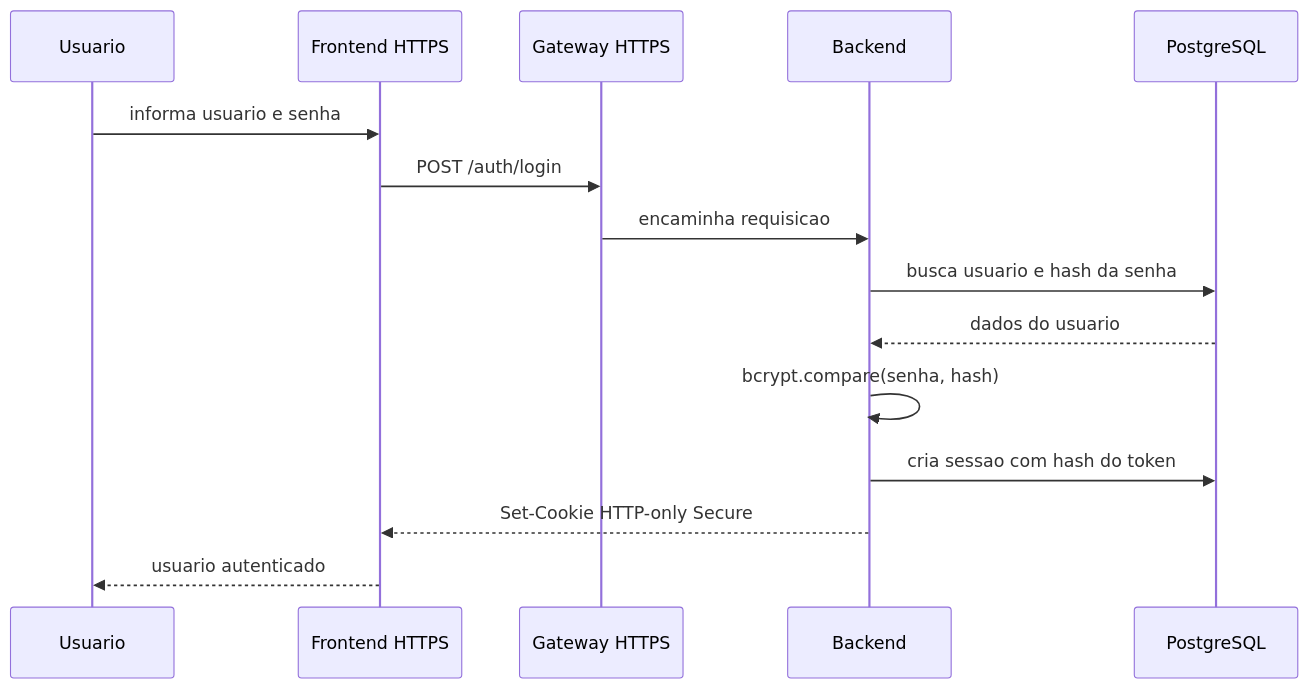
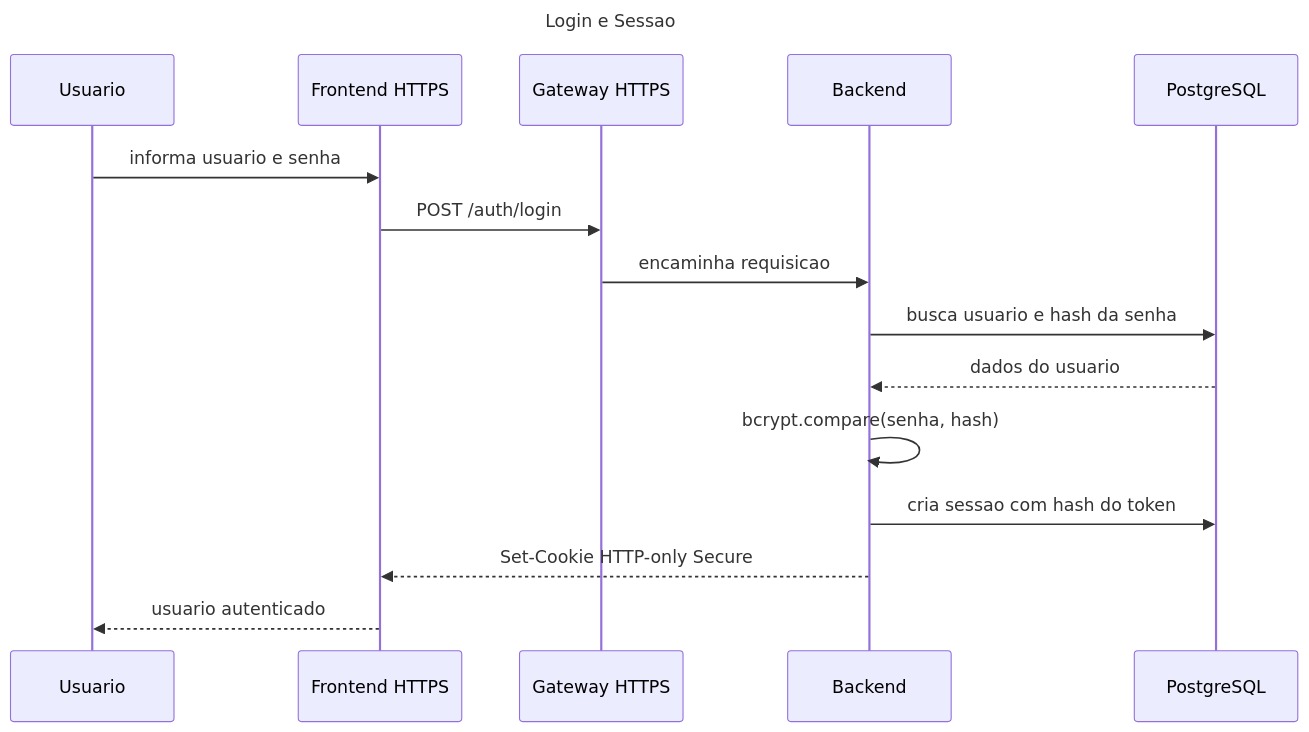
Before and after one commit to jvmr1/chat-distribuido: the third of 10 diagrams in docs/diagrams.md, drawn with Mermaid. The commit also changed other lines of this file and 13 other files, not shown here.

Commit message:
diagramas

````diff
--- a/docs/diagrams.md
+++ b/docs/diagrams.md
@@ -75,18 +90,21 @@
 ```mermaid
+---
+title: Login e Sessao
+---
 sequenceDiagram
   participant U as Usuario
   participant FE as Frontend HTTPS
   participant GW as Gateway HTTPS
   participant BE as Backend
   participant DB as PostgreSQL
 
   U->>FE: informa usuario e senha
   FE->>GW: POST /auth/login
   GW->>BE: encaminha requisicao
   BE->>DB: busca usuario e hash da senha
   DB-->>BE: dados do usuario
   BE->>BE: bcrypt.compare(senha, hash)
   BE->>DB: cria sessao com hash do token
   BE-->>FE: Set-Cookie HTTP-only Secure
   FE-->>U: usuario autenticado
 ```
````
